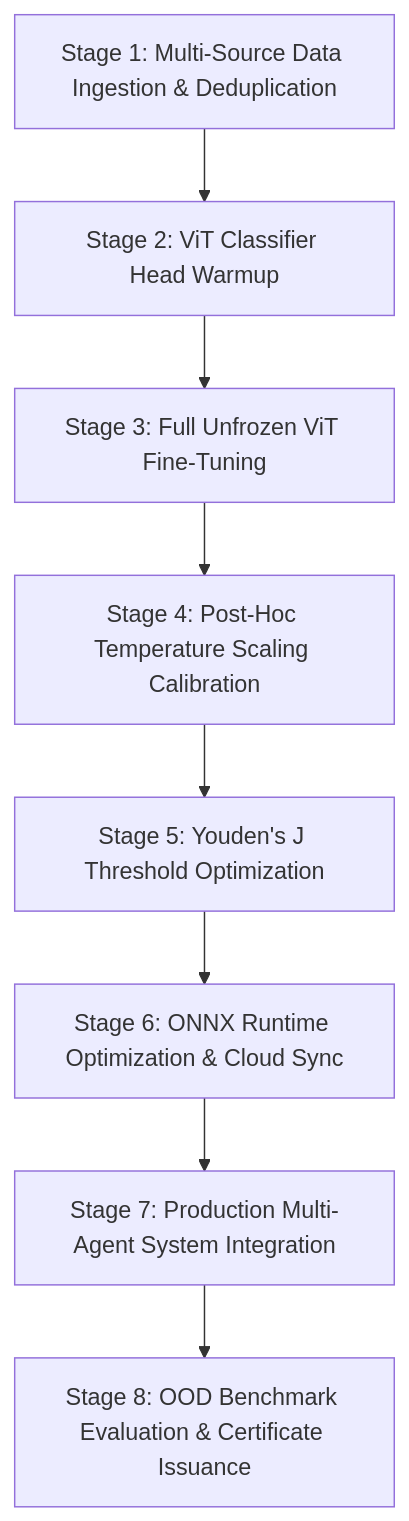
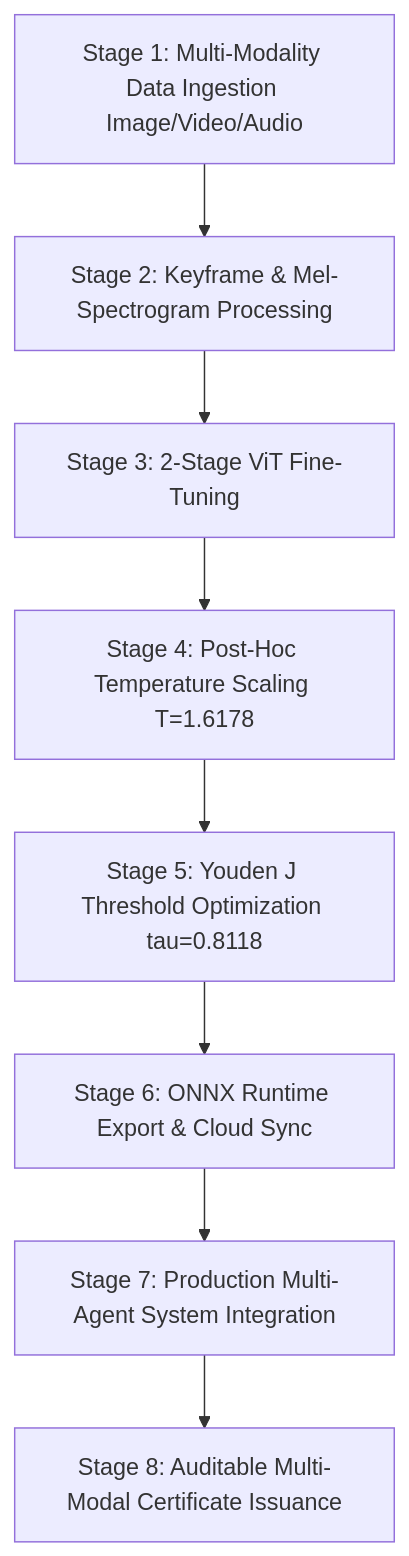
Before and after one commit to ThangCao106/DeepFake-Detection-Agent: the diagram in paper_v2.md, drawn with Mermaid. The commit also changed other lines of this file and 1 other file, not shown here.

Commit message:
Update research proposal and paper v2 to multi-modal (Image, Video, Audio) deepfake detection with 2025-2026 SOTA references

````diff
--- a/paper_v2.md
+++ b/paper_v2.md
@@ -51,10 +54,10 @@
 ```mermaid
 graph TD
-    S1[Stage 1: Multi-Source Data Ingestion & Deduplication] --> S2[Stage 2: ViT Classifier Head Warmup]
-    S2 --> S3[Stage 3: Full Unfrozen ViT Fine-Tuning]
-    S3 --> S4[Stage 4: Post-Hoc Temperature Scaling Calibration]
-    S4 --> S5[Stage 5: Youden's J Threshold Optimization]
-    S5 --> S6[Stage 6: ONNX Runtime Optimization & Cloud Sync]
+    S1[Stage 1: Multi-Modality Data Ingestion Image/Video/Audio] --> S2[Stage 2: Keyframe & Mel-Spectrogram Processing]
+    S2 --> S3[Stage 3: 2-Stage ViT Fine-Tuning]
+    S3 --> S4[Stage 4: Post-Hoc Temperature Scaling T=1.6178]
+    S4 --> S5[Stage 5: Youden J Threshold Optimization tau=0.8118]
+    S5 --> S6[Stage 6: ONNX Runtime Export & Cloud Sync]
     S6 --> S7[Stage 7: Production Multi-Agent System Integration]
-    S7 --> S8[Stage 8: OOD Benchmark Evaluation & Certificate Issuance]
+    S7 --> S8[Stage 8: Auditable Multi-Modal Certificate Issuance]
 ```
````
